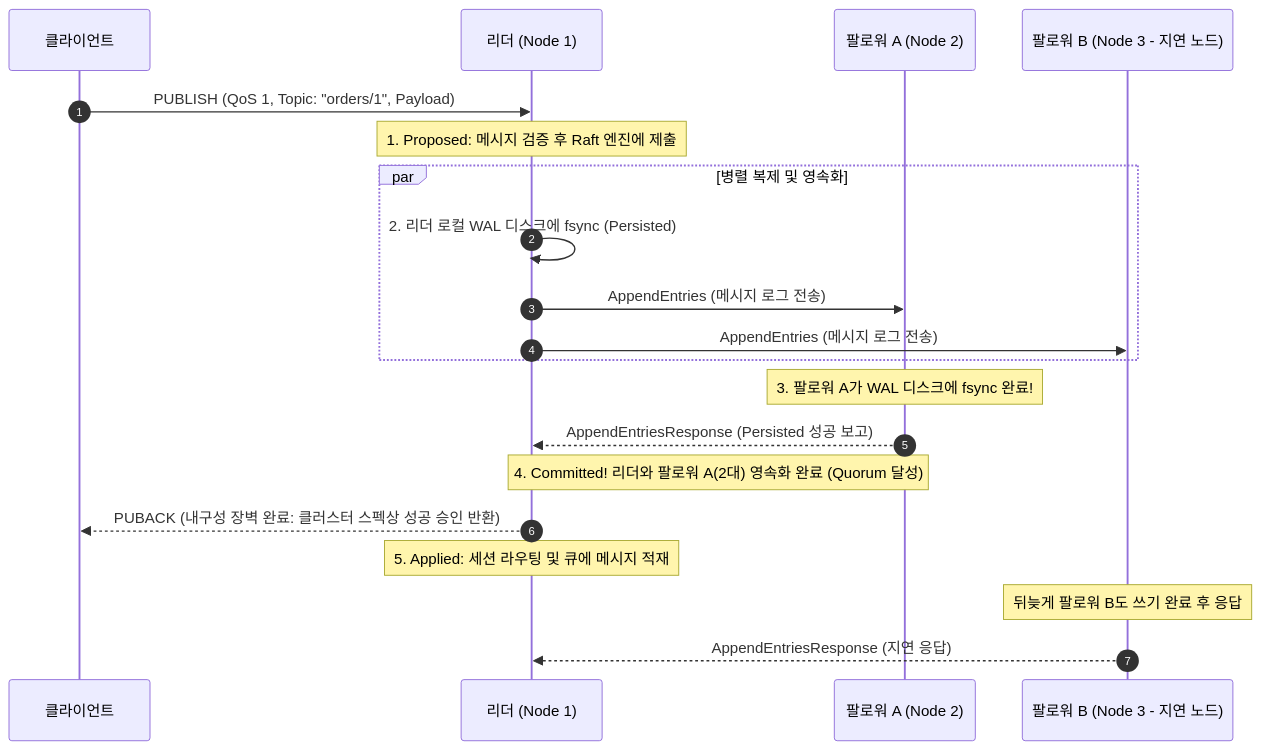
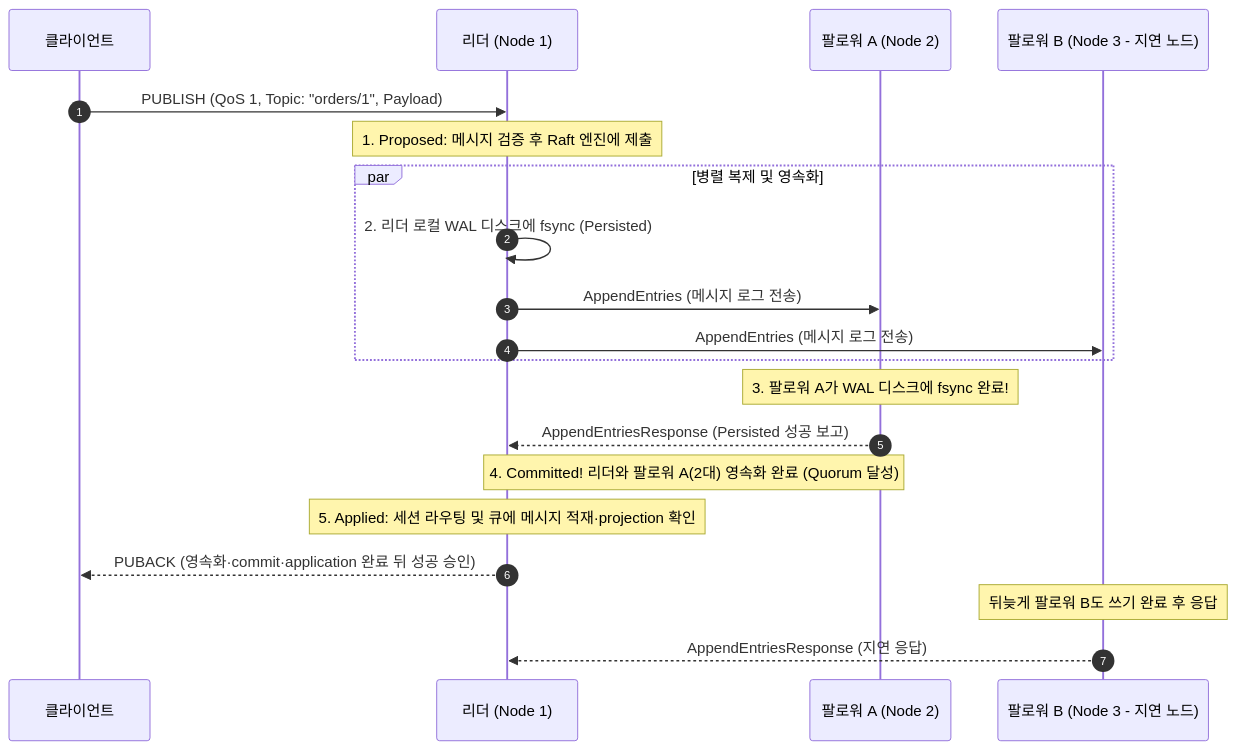
The diagram in docs/explainers/raft-quorum-and-durable-ack.md (kayden-kim/narumq), drawn with Mermaid before and after one commit. The commit also changed other lines of this file and 120 other files, not shown here.

````diff
--- a/docs/explainers/raft-quorum-and-durable-ack.md
+++ b/docs/explainers/raft-quorum-and-durable-ack.md
@@ -82,26 +82,26 @@
 ```mermaid
 sequenceDiagram
     autonumber
     participant C as 클라이언트
     participant L as 리더 (Node 1)
     participant F1 as 팔로워 A (Node 2)
     participant F2 as 팔로워 B (Node 3 - 지연 노드)
 
     C->>L: PUBLISH (QoS 1, Topic: "orders/1", Payload)
     Note over L: 1. Proposed: 메시지 검증 후 Raft 엔진에 제출
     par 병렬 복제 및 영속화
         L->>L: 2. 리더 로컬 WAL 디스크에 fsync (Persisted)
         L->>F1: AppendEntries (메시지 로그 전송)
         L->>F2: AppendEntries (메시지 로그 전송)
     end
 
     Note over F1: 3. 팔로워 A가 WAL 디스크에 fsync 완료!
     F1-->>L: AppendEntriesResponse (Persisted 성공 보고)
 
     Note over L,F1: 4. Committed! 리더와 팔로워 A(2대) 영속화 완료 (Quorum 달성)
-    L-->>C: PUBACK (내구성 장벽 완료: 클러스터 스펙상 성공 승인 반환)
-    Note over L: 5. Applied: 세션 라우팅 및 큐에 메시지 적재
+    Note over L: 5. Applied: 세션 라우팅 및 큐에 메시지 적재·projection 확인
+    L-->>C: PUBACK (영속화·commit·application 완료 뒤 성공 승인)
 
     Note over F2: 뒤늦게 팔로워 B도 쓰기 완료 후 응답
     F2-->>L: AppendEntriesResponse (지연 응답)
 ```
````
